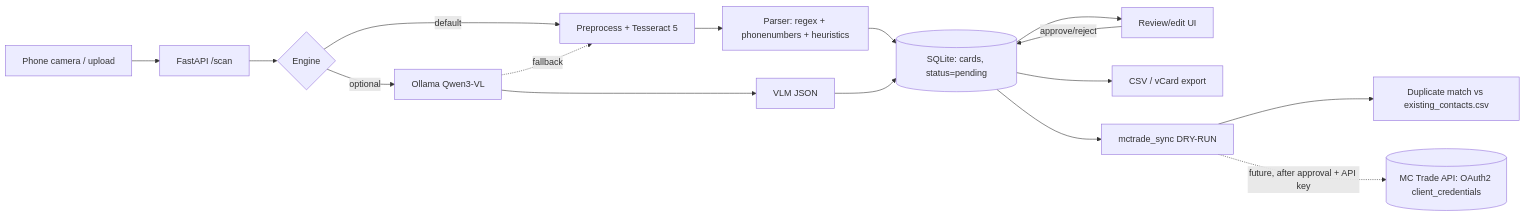
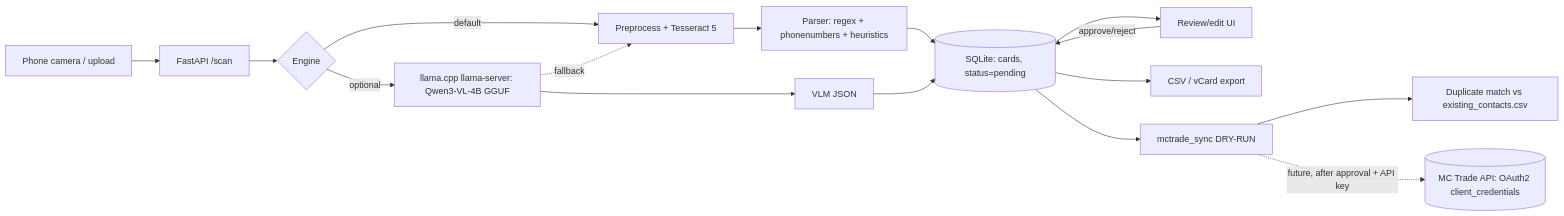
The diagram in README.md (LynyrdGrynyrd/gac-card-scanner), drawn with Mermaid before and after one commit. The commit also changed 114 other files, not shown here.

Commit message:
v0.2.0: sync app from pilot rounds 6-17 (version-required locking, export sign-off checks, pagination and review UI fixes, phone extension format, website warnings); README diagram llama.cpp; CHANGELOG; VERSION bundled in desktop builds

````diff
--- a/README.md
+++ b/README.md
@@ -123,18 +123,18 @@
 ```mermaid
 flowchart LR
   A[Phone camera / upload] --> B[FastAPI /scan]
   B --> C{Engine}
   C -->|default| D[Preprocess + Tesseract 5]
-  C -->|optional| E[Ollama Qwen3-VL]
+  C -->|optional| E[llama.cpp llama-server: Qwen3-VL-4B GGUF]
   E -.fallback.-> D
   D --> F[Parser: regex + phonenumbers + heuristics]
   E --> G[VLM JSON]
   F --> H[(SQLite: cards, status=pending)]
   G --> H
   H --> I[Review/edit UI]
   I -->|approve/reject| H
   H --> J[CSV / vCard export]
   H --> K[mctrade_sync DRY-RUN]
   K --> L[Duplicate match vs existing_contacts.csv]
   K -.future, after approval + API key.-> M[(MC Trade API: OAuth2 client_credentials)]
 ```
````
